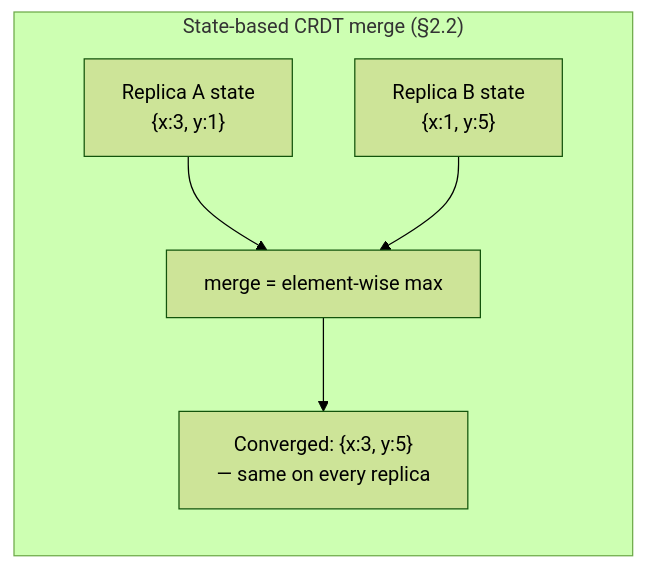
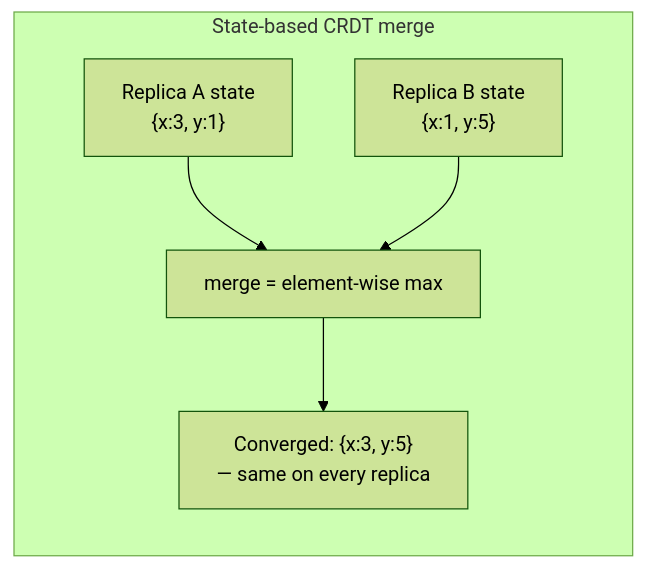
Before and after one commit to umashankarp/InterviewQuestions: the first of 4 diagrams in 16-Distributed-Systems/04-CRDTs-Conflict-Free-Replicated-Data-Types.md, drawn with Mermaid (forest theme). The commit also changed other lines of this file and 173 other files, not shown here.

````diff
--- a/16-Distributed-Systems/04-CRDTs-Conflict-Free-Replicated-Data-Types.md
+++ b/16-Distributed-Systems/04-CRDTs-Conflict-Free-Replicated-Data-Types.md
@@ -70,8 +70,8 @@
 ```mermaid
 graph LR
-    subgraph "State-based CRDT merge (§2.2)"
-        A["Replica A state<br/>{x:3, y:1}"] --> M[merge = element-wise max]
-        B["Replica B state<br/>{x:1, y:5}"] --> M
-        M --> R["Converged: {x:3, y:5}<br/>— same on every replica"]
-    end
+ subgraph "State-based CRDT merge"
+ A["Replica A state<br/>{x:3, y:1}"] --> M[merge = element-wise max]
+ B["Replica B state<br/>{x:1, y:5}"] --> M
+ M --> R["Converged: {x:3, y:5}<br/>— same on every replica"]
+ end
 ```
````
